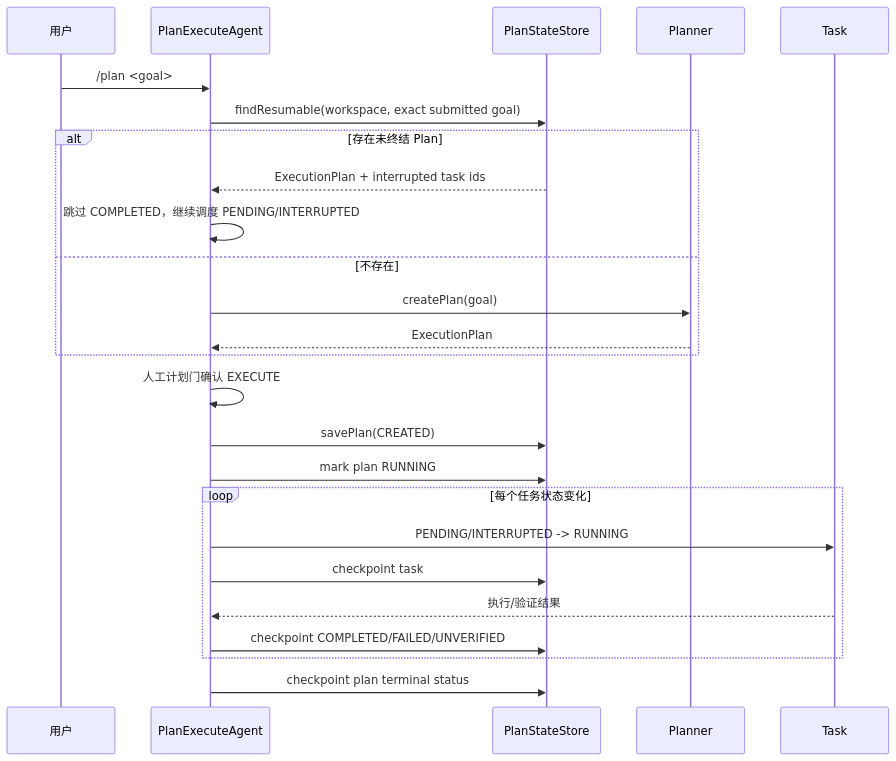
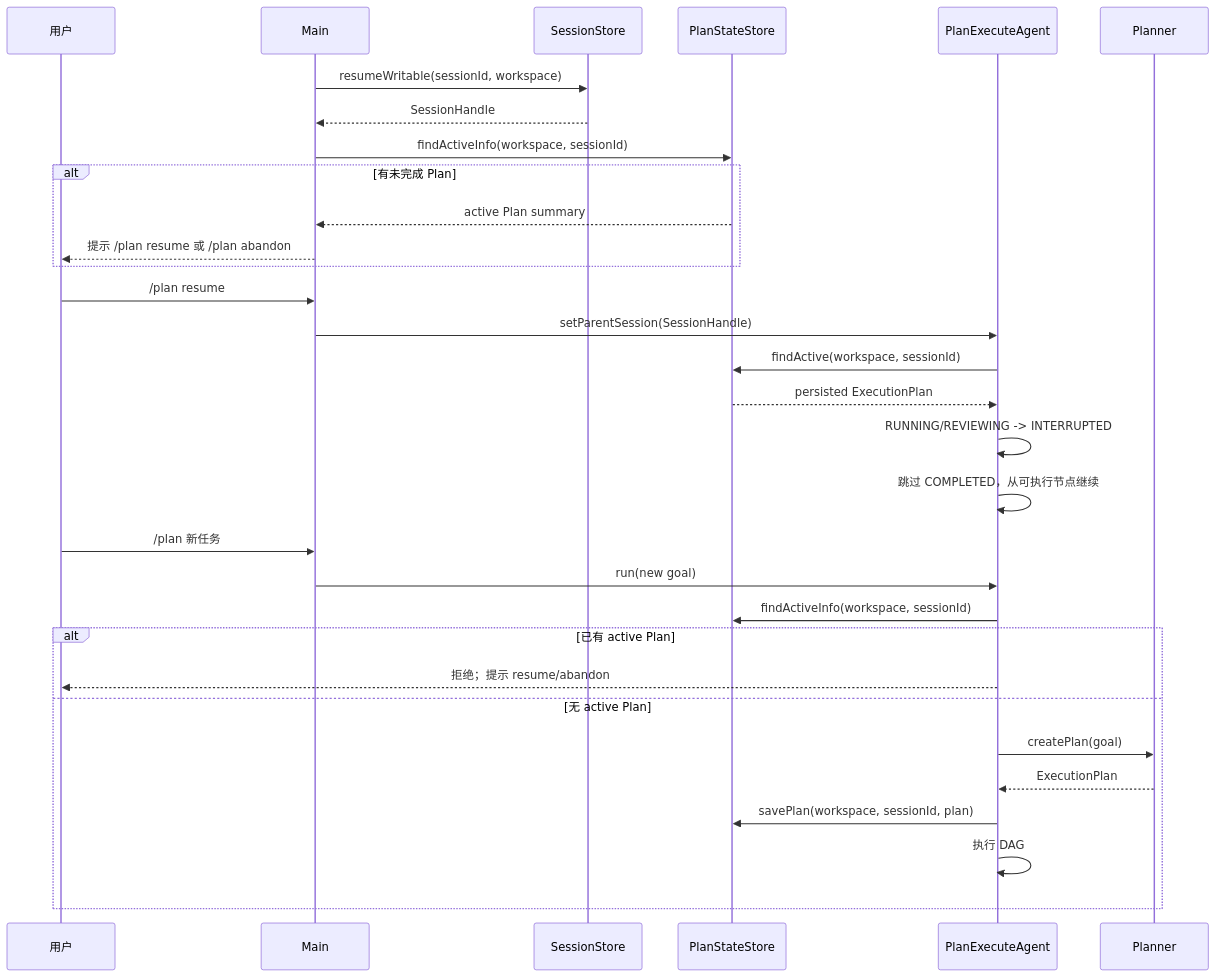
One commit to zgjdev/Code-Agent changed the second of 3 diagrams in docs/dev/13-plan-dag-persistence-and-recovery.md. Above: the diagram before and after it, drawn with Mermaid. The commit also changed other lines of this file and 18 other files, not shown here.

````diff
--- a/docs/dev/13-plan-dag-persistence-and-recovery.md
+++ b/docs/dev/13-plan-dag-persistence-and-recovery.md
@@ -58,27 +272,36 @@
 ```mermaid
 sequenceDiagram
     participant U as 用户
+    participant CLI as Main
+    participant SS as SessionStore
+    participant PS as PlanStateStore
     participant PEA as PlanExecuteAgent
-    participant PS as PlanStateStore
     participant PL as Planner
-    participant T as Task
-    U->>PEA: /plan <goal>
-    PEA->>PS: findResumable(workspace, exact submitted goal)
-    alt 存在未终结 Plan
-        PS-->>PEA: ExecutionPlan + interrupted task ids
-        PEA->>PEA: 跳过 COMPLETED，继续调度 PENDING/INTERRUPTED
-    else 不存在
+
+    CLI->>SS: resumeWritable(sessionId, workspace)
+    SS-->>CLI: SessionHandle
+    CLI->>PS: findActiveInfo(workspace, sessionId)
+    alt 有未完成 Plan
+        PS-->>CLI: active Plan summary
+        CLI-->>U: 提示 /plan resume 或 /plan abandon
+    end
+
+    U->>CLI: /plan resume
+    CLI->>PEA: setParentSession(SessionHandle)
+    PEA->>PS: findActive(workspace, sessionId)
+    PS-->>PEA: persisted ExecutionPlan
+    PEA->>PEA: RUNNING/REVIEWING -> INTERRUPTED
+    PEA->>PEA: 跳过 COMPLETED，从可执行节点继续
+
+    U->>CLI: /plan 新任务
+    CLI->>PEA: run(new goal)
+    PEA->>PS: findActiveInfo(workspace, sessionId)
+    alt 已有 active Plan
+        PEA-->>U: 拒绝；提示 resume/abandon
+    else 无 active Plan
         PEA->>PL: createPlan(goal)
         PL-->>PEA: ExecutionPlan
+        PEA->>PS: savePlan(workspace, sessionId, plan)
+        PEA->>PEA: 执行 DAG
     end
-    PEA->>PEA: 人工计划门确认 EXECUTE
-    PEA->>PS: savePlan(CREATED)
-    PEA->>PS: mark plan RUNNING
-    loop 每个任务状态变化
-        PEA->>T: PENDING/INTERRUPTED -> RUNNING
-        PEA->>PS: checkpoint task
-        T-->>PEA: 执行/验证结果
-        PEA->>PS: checkpoint COMPLETED/FAILED/UNVERIFIED
-    end
-    PEA->>PS: checkpoint plan terminal status
 ```
````
